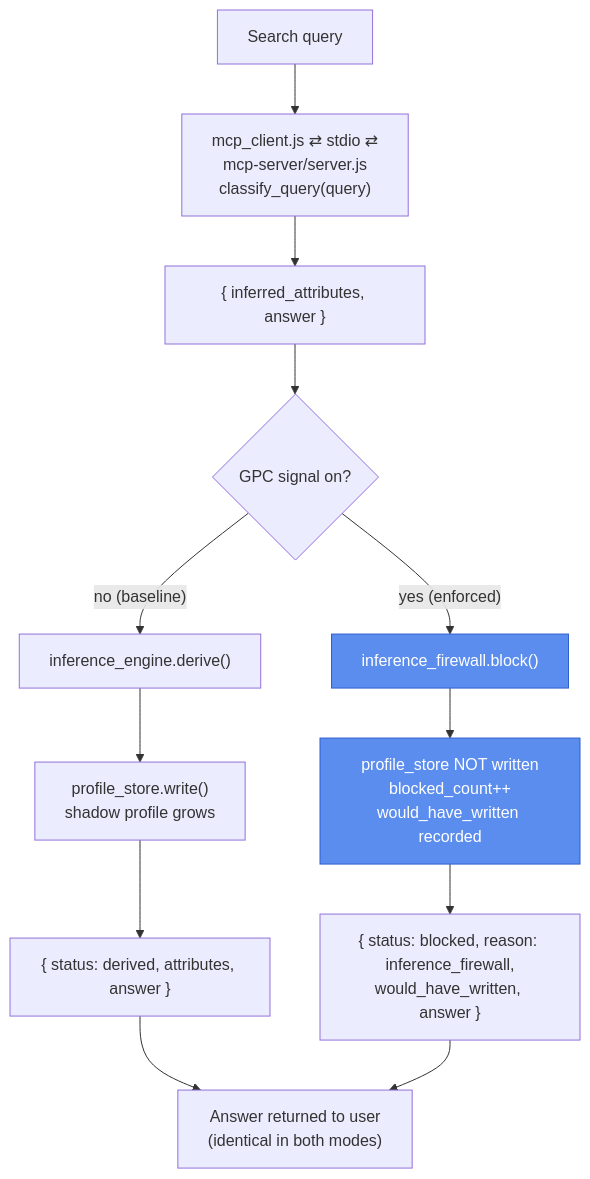
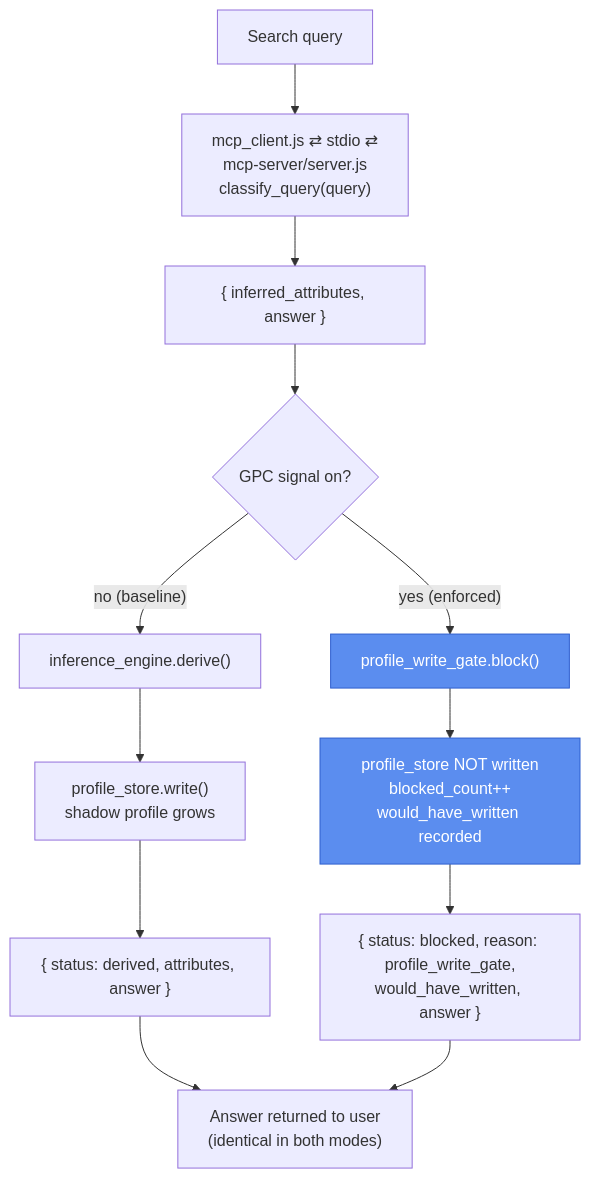
One commit to privacy-tech-lab/gpc-ai-agents-prototypes changed the diagram in prototype-5/README.md. Above: the diagram before and after it, drawn with Mermaid. The commit also changed other lines of this file and 20 other files, not shown here.

````diff
--- a/prototype-5/README.md
+++ b/prototype-5/README.md
@@ -33,17 +33,17 @@
 ```mermaid
 flowchart TD
     Q["Search query"] --> MC["mcp_client.js ⇄ stdio ⇄\nmcp-server/server.js\nclassify_query(query)"]
     MC --> CL["{ inferred_attributes, answer }"]
     CL --> SIG{"GPC signal on?"}
     SIG -- "no (baseline)" --> ENG["inference_engine.derive()"]
     ENG --> WR["profile_store.write()\nshadow profile grows"]
     WR --> R1["{ status: derived, attributes, answer }"]
-    SIG -- "yes (enforced)" --> FW["inference_firewall.block()"]
+    SIG -- "yes (enforced)" --> FW["profile_write_gate.block()"]
     FW --> NW["profile_store NOT written\nblocked_count++\nwould_have_written recorded"]
-    NW --> R2["{ status: blocked, reason: inference_firewall,\nwould_have_written, answer }"]
+    NW --> R2["{ status: blocked, reason: profile_write_gate,\nwould_have_written, answer }"]
     R1 --> ANS["Answer returned to user\n(identical in both modes)"]
     R2 --> ANS
 
     classDef enforced fill:#5b8def,stroke:#2f5fce,color:#fff
     class FW,NW enforced
 ```
````
